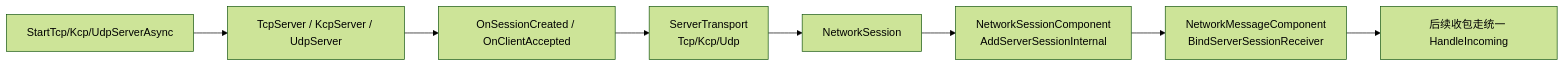
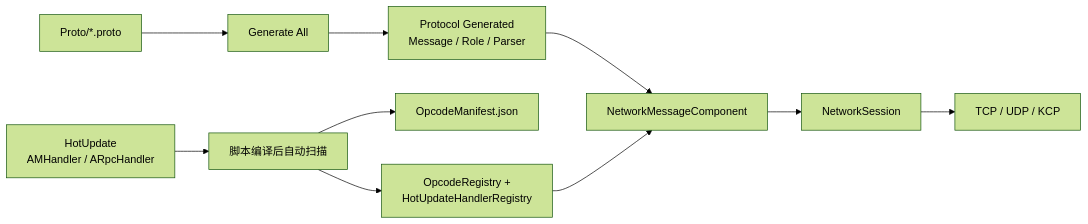
The diagram in Docs/NetworkLayerAnalysis.md (ForGetMyGirl/MiniCore), drawn with Mermaid (forest theme) before and after one commit. The commit also changed other lines of this file and 495 other files, not shown here.

````diff
--- a/Docs/NetworkLayerAnalysis.md
+++ b/Docs/NetworkLayerAnalysis.md
@@ -389,13 +15,12 @@
 ```mermaid
 flowchart LR
-    Start["StartTcp/Kcp/UdpServerAsync"]
-    Server["TcpServer / KcpServer / UdpServer"]
-    Created["OnSessionCreated / OnClientAccepted"]
-    Transport["ServerTransport<br/>Tcp/Kcp/Udp"]
-    Session["NetworkSession"]
-    Add["NetworkSessionComponent<br/>AddServerSessionInternal"]
-    Bind["NetworkMessageComponent<br/>BindServerSessionReceiver"]
-    Handler["后续收包走统一 HandleIncoming"]
-
-    Start --> Server --> Created --> Transport --> Session --> Add --> Bind --> Handler
+    Proto["Proto/*.proto"] --> PGen["Generate All"]
+    PGen --> Protocol["Protocol Generated\nMessage / Role / Parser"]
+    Handler["HotUpdate\nAMHandler / ARpcHandler"] --> Scan["脚本编译后自动扫描"]
+    Scan --> Manifest["OpcodeManifest.json"]
+    Scan --> Registry["OpcodeRegistry +\nHotUpdateHandlerRegistry"]
+    Protocol --> Net["NetworkMessageComponent"]
+    Registry --> Net
+    Net --> Session["NetworkSession"]
+    Session --> Transport["TCP / UDP / KCP"]
 ```
````
